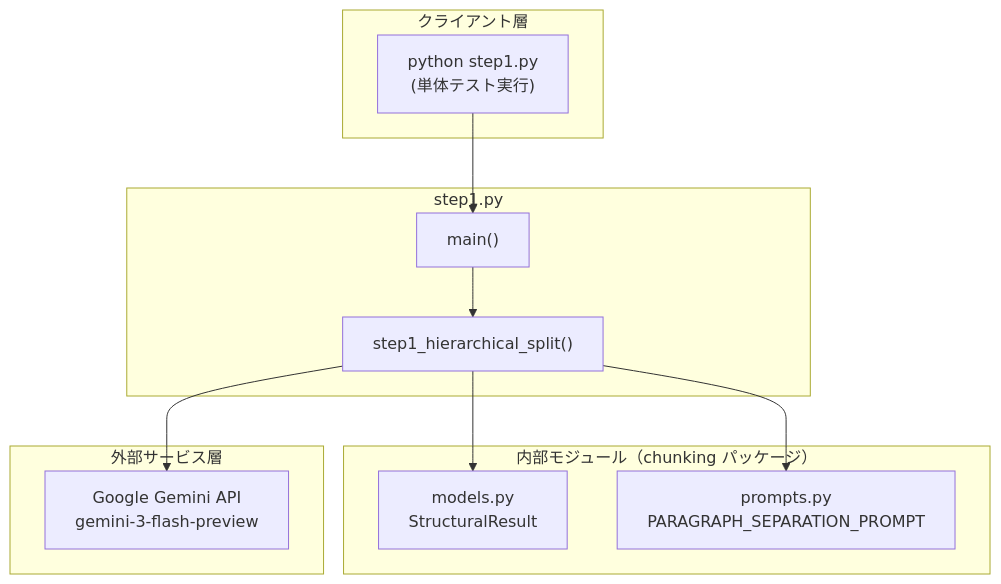
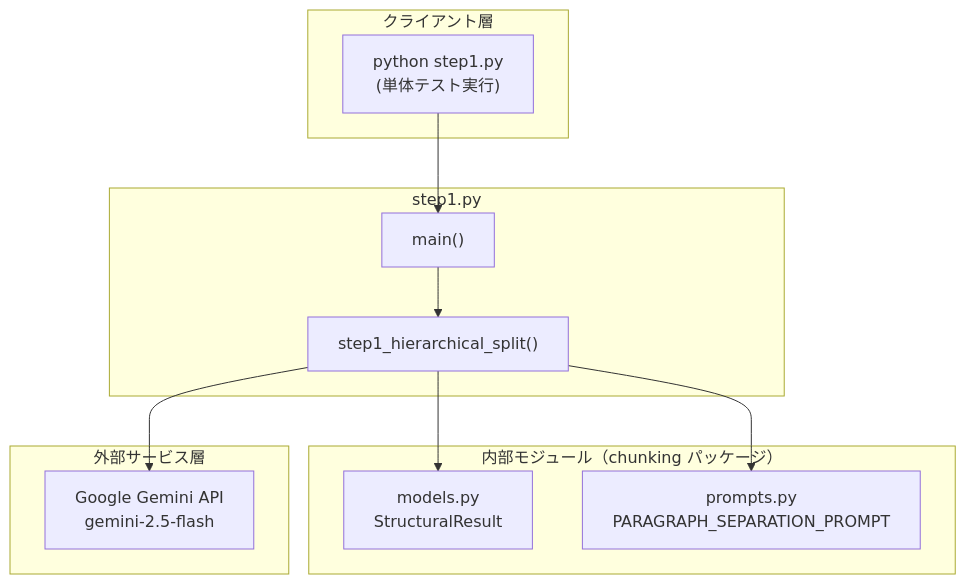
One commit to nakashima2toshio/gemini_grace_agent changed the first of 5 diagrams in chunking/doc/step1.md. Above: the diagram before and after it, drawn with Mermaid. The commit also changed other lines of this file and 33 other files, not shown here.

First line of the commit message:
fix+docs(gemini): unify default model to gemini-2.5-flash + D-1 README ops reflection (#26)

````diff
--- a/chunking/doc/step1.md
+++ b/chunking/doc/step1.md
@@ -114,26 +114,26 @@
 ```mermaid
 flowchart TB
     subgraph CLIENT["クライアント層"]
         CLI["python step1.py<br/>(単体テスト実行)"]
     end
 
     subgraph MODULE["step1.py"]
         MAIN["main()"]
         CORE["step1_hierarchical_split()"]
     end
 
     subgraph INTERNAL["内部モジュール（chunking パッケージ）"]
         MODELS["models.py<br/>StructuralResult"]
         PROMPTS["prompts.py<br/>PARAGRAPH_SEPARATION_PROMPT"]
     end
 
     subgraph EXTERNAL["外部サービス層"]
-        GEMINI["Google Gemini API<br/>gemini-3-flash-preview"]
+        GEMINI["Google Gemini API<br/>gemini-2.5-flash"]
     end
 
     CLI --> MAIN
     MAIN --> CORE
     CORE --> MODELS
     CORE --> PROMPTS
     CORE --> GEMINI
 ```
````
